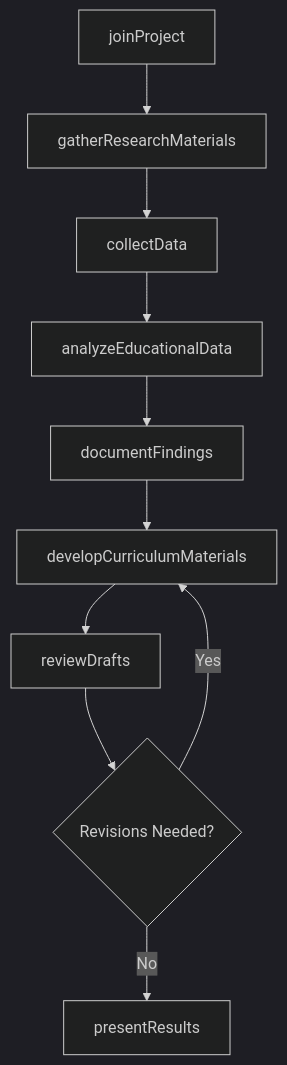
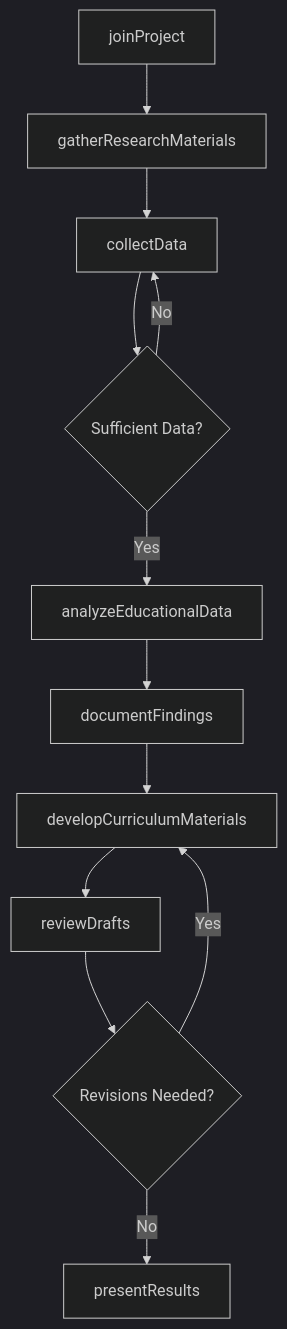
Before and after one commit to dot-org-ai/tasks.org.ai: the third of 4 diagrams in CommunicatingWithSupervisorsPeersOrSubordinates/AssistScientistsScholarsOrTechnicalSpecialistsWithProjectsOrResearch/AssistEducationalProfessionalsProjectsResearch.mdx, drawn with Mermaid (dark theme). The commit also changed other lines of this file and 504 other files, not shown here.

First line of the commit message:
feat: Add ER diagrams, state diagrams, and workflow improvements to 96 DWA task files

````diff
--- a/CommunicatingWithSupervisorsPeersOrSubordinates/AssistScientistsScholarsOrTechnicalSpecialistsWithProjectsOrResearch/AssistEducationalProfessionalsProjectsResearch.mdx
+++ b/CommunicatingWithSupervisorsPeersOrSubordinates/AssistScientistsScholarsOrTechnicalSpecialistsWithProjectsOrResearch/AssistEducationalProfessionalsProjectsResearch.mdx
@@ -89,12 +116,14 @@
 ```mermaid
 graph TD
     A[joinProject] --> B[gatherResearchMaterials]
     B --> C[collectData]
-    C --> D[analyzeEducationalData]
-    D --> E[documentFindings]
-    E --> F[developCurriculumMaterials]
-    F --> G[reviewDrafts]
-    G --> H{Revisions Needed?}
-    H -->|Yes| F
-    H -->|No| I[presentResults]
+    C --> D{Sufficient Data?}
+    D -->|No| C
+    D -->|Yes| E[analyzeEducationalData]
+    E --> F[documentFindings]
+    F --> G[developCurriculumMaterials]
+    G --> H[reviewDrafts]
+    H --> I{Revisions Needed?}
+    I -->|Yes| G
+    I -->|No| J[presentResults]
 ```
````
